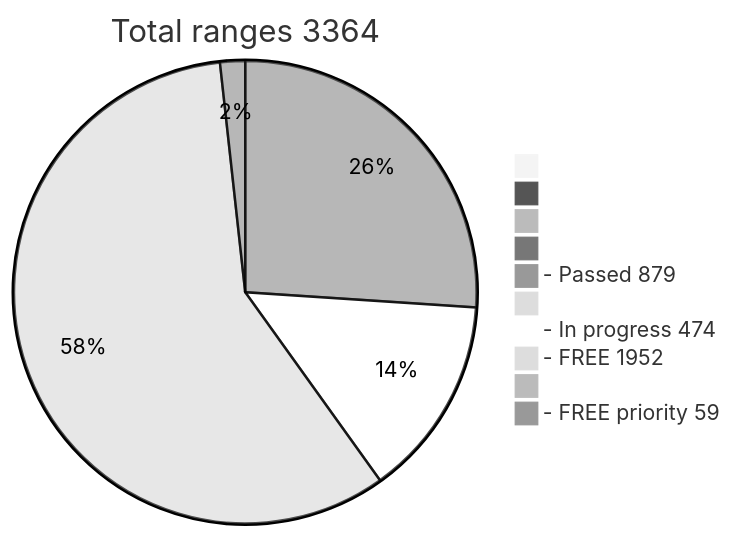
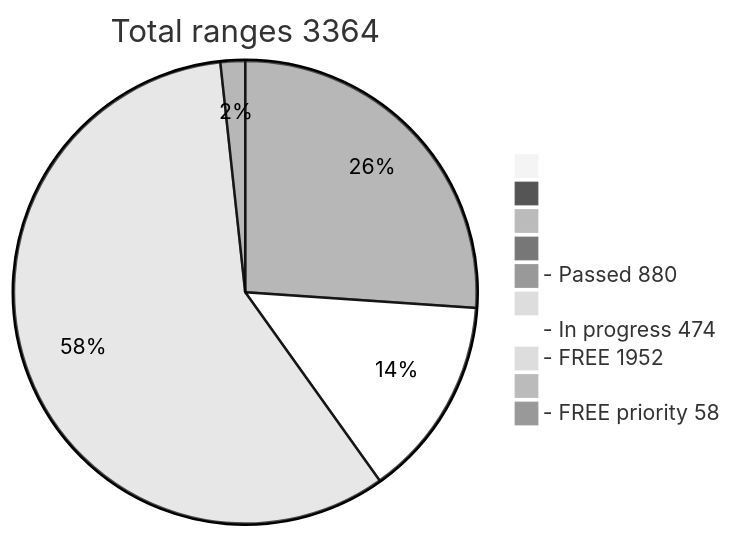
Before and after one commit to phrutis/wif500: the diagram in README.md, drawn with Mermaid (neutral theme).

````diff
--- a/README.md
+++ b/README.md
@@ -16,14 +16,14 @@
 ```mermaid
 pie title Total ranges 3364
              " " : 0
             "  " : 0
            "   " : 0
           "    " : 0
-  "- Passed 879" : 879
+  "- Passed 880" : 880
          "     " : 0
   "- In progress 474" : 474
    "- FREE 1952" : 1962
         "      " : 0
-       "- FREE priority 59" : 59
+       "- FREE priority 58" : 58
    
 ```
````
